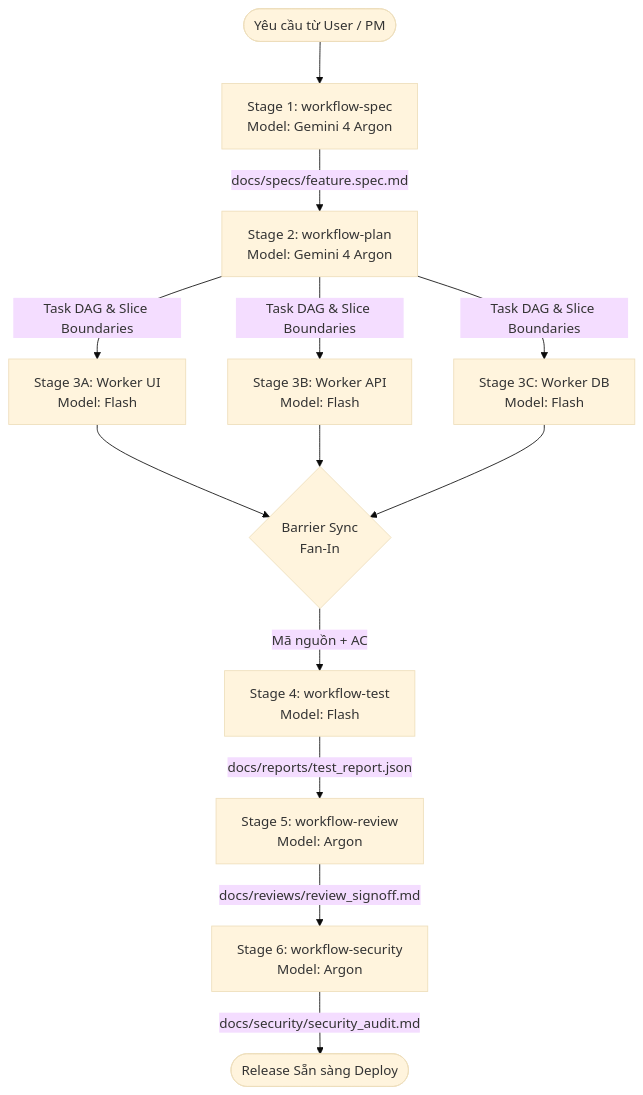
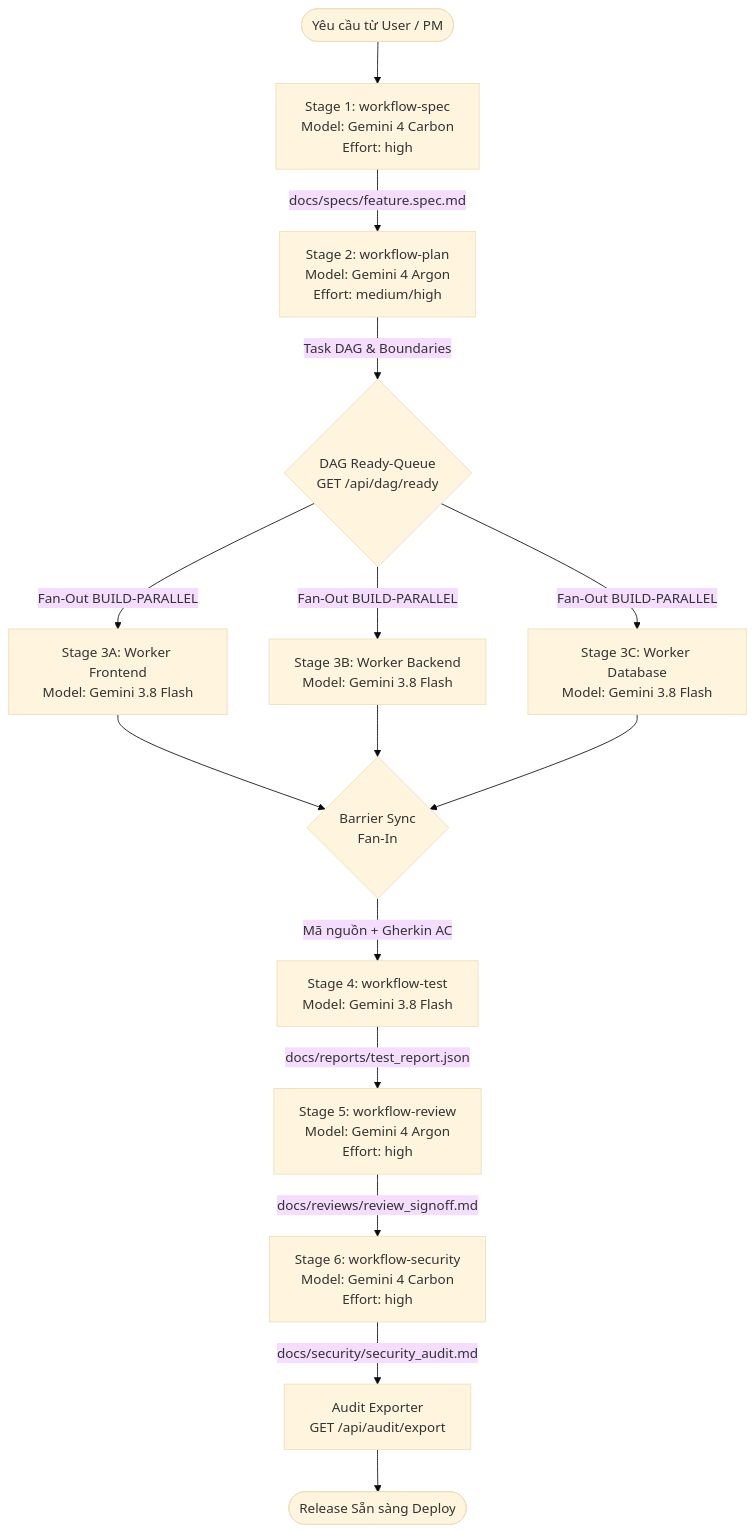
Before and after one commit to chien334/antigravity-orchestrator: the diagram in docs/WORKFLOW_GUIDE.md, drawn with Mermaid (base theme). The commit also changed other lines of this file and 2 other files, not shown here.

First line of the commit message:
docs: document Gemini 4 Carbon architecture, routing matrix, and CLI commands

````diff
--- a/docs/WORKFLOW_GUIDE.md
+++ b/docs/WORKFLOW_GUIDE.md
@@ -20,18 +23,21 @@
 ```mermaid
 flowchart TD
-    Req([Yêu cầu từ User / PM]) --> S1[Stage 1: workflow-spec\nModel: Gemini 4 Argon]
-    S1 -->|docs/specs/feature.spec.md| S2[Stage 2: workflow-plan\nModel: Gemini 4 Argon]
+    Req([Yêu cầu từ User / PM]) --> S1[Stage 1: workflow-spec\nModel: Gemini 4 Carbon\nEffort: high]
+    S1 -->|docs/specs/feature.spec.md| S2[Stage 2: workflow-plan\nModel: Gemini 4 Argon\nEffort: medium/high]
     
-    S2 -->|Task DAG & Slice Boundaries| S3A[Stage 3A: Worker UI\nModel: Flash]
-    S2 -->|Task DAG & Slice Boundaries| S3B[Stage 3B: Worker API\nModel: Flash]
-    S2 -->|Task DAG & Slice Boundaries| S3C[Stage 3C: Worker DB\nModel: Flash]
+    S2 -->|Task DAG & Boundaries| Ready{DAG Ready-Queue\nGET /api/dag/ready}
+    
+    Ready -->|Fan-Out BUILD-PARALLEL| S3A[Stage 3A: Worker Frontend\nModel: Gemini 3.8 Flash]
+    Ready -->|Fan-Out BUILD-PARALLEL| S3B[Stage 3B: Worker Backend\nModel: Gemini 3.8 Flash]
+    Ready -->|Fan-Out BUILD-PARALLEL| S3C[Stage 3C: Worker Database\nModel: Gemini 3.8 Flash]
     
     S3A --> Sync{Barrier Sync\nFan-In}
     S3B --> Sync
     S3C --> Sync
     
-    Sync -->|Mã nguồn + AC| S4[Stage 4: workflow-test\nModel: Flash]
-    S4 -->|docs/reports/test_report.json| S5[Stage 5: workflow-review\nModel: Argon]
-    S5 -->|docs/reviews/review_signoff.md| S6[Stage 6: workflow-security\nModel: Argon]
-    S6 -->|docs/security/security_audit.md| Deploy([Release Sẵn sàng Deploy])
+    Sync -->|Mã nguồn + Gherkin AC| S4[Stage 4: workflow-test\nModel: Gemini 3.8 Flash]
+    S4 -->|docs/reports/test_report.json| S5[Stage 5: workflow-review\nModel: Gemini 4 Argon\nEffort: high]
+    S5 -->|docs/reviews/review_signoff.md| S6[Stage 6: workflow-security\nModel: Gemini 4 Carbon\nEffort: high]
+    S6 -->|docs/security/security_audit.md| Audit[Audit Exporter\nGET /api/audit/export]
+    Audit --> Deploy([Release Sẵn sàng Deploy])
 ```
````
